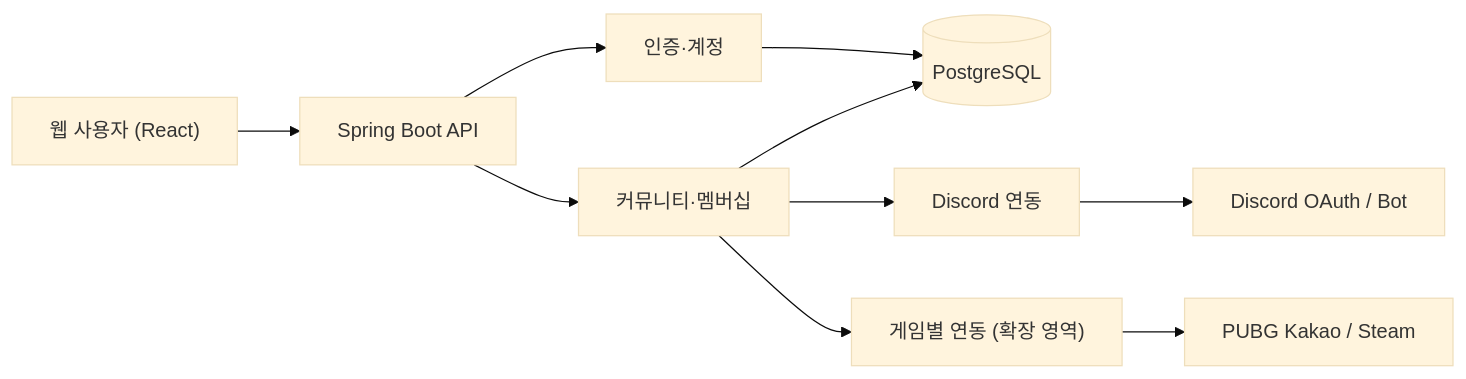
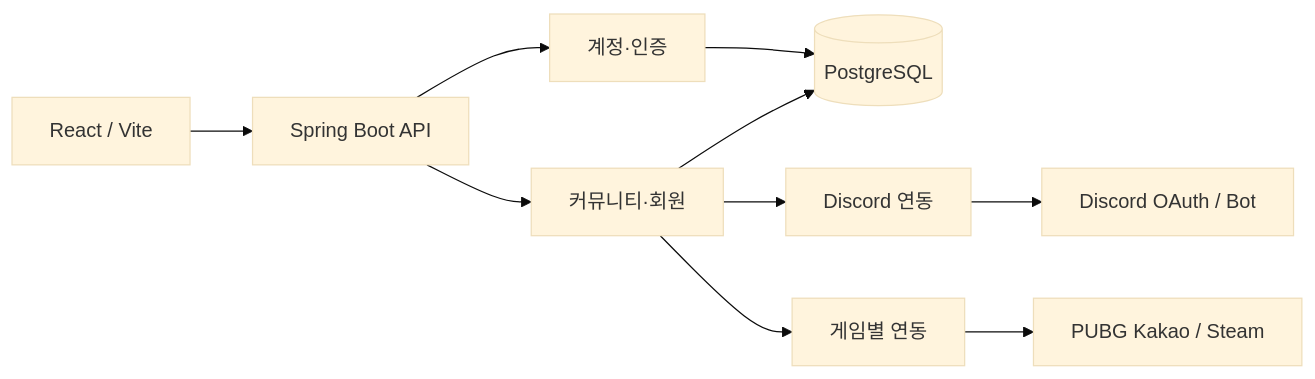
Before and after one commit to heun0180/community-platform-portfolio: the diagram in README.md, drawn with Mermaid (base theme). The commit also changed other lines of this file, not shown here.

````diff
--- a/README.md
+++ b/README.md
@@ -57,12 +61,12 @@
 ```mermaid
 flowchart LR
-    U["웹 사용자 (React)"] --> API["Spring Boot API"]
-    API --> ID["인증·계정"]
-    API --> CM["커뮤니티·멤버십"]
-    CM --> DB[("PostgreSQL")]
-    ID --> DB
-    CM --> DI["Discord 연동"]
-    CM --> GA["게임별 연동 (확장 영역)"]
-    DI --> DISCORD["Discord OAuth / Bot"]
-    GA --> PUBG["PUBG Kakao / Steam"]
+    Web["React / Vite"] --> API["Spring Boot API"]
+    API --> Auth["계정·인증"]
+    API --> Community["커뮤니티·회원"]
+    Community --> DB[("PostgreSQL")]
+    Auth --> DB
+    Community --> Discord["Discord 연동"]
+    Community --> Game["게임별 연동"]
+    Discord --> DiscordAPI["Discord OAuth / Bot"]
+    Game --> PUBG["PUBG Kakao / Steam"]
 ```
````
